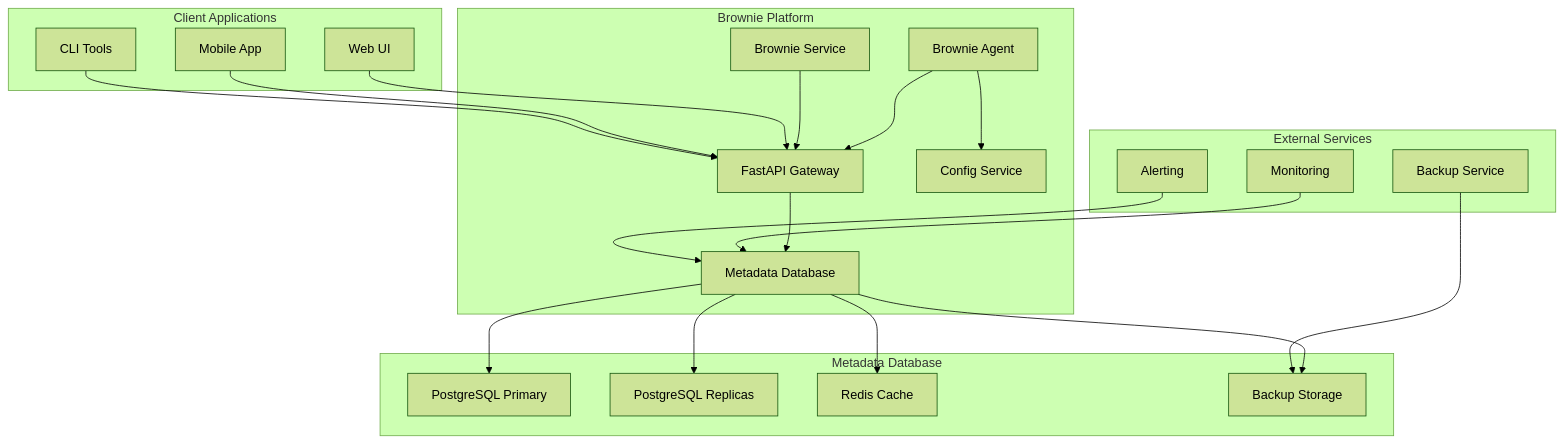
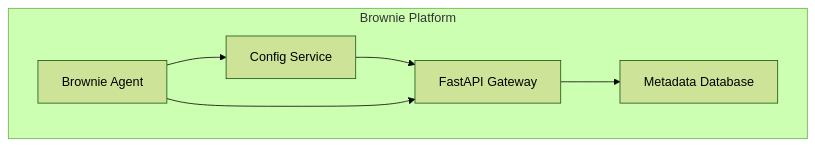
One commit to longyi-brownie/brownie-metadata-database changed the first of 3 diagrams in README.md. Above: the diagram before and after it, drawn with Mermaid (forest theme). The commit also changed other lines of this file, not shown here.

Commit message:
small fix readme

````diff
--- a/README.md
+++ b/README.md
@@ -28,28 +28,9 @@
 ```mermaid
 graph TB
     subgraph "Brownie Platform"
-        A[Brownie Agent] --> B[FastAPI Gateway]
-        C[Brownie Service] --> B
-        B --> D[Metadata Database]
-        A --> F[Config Service]
-    end
-    
-    subgraph "Metadata Database"
-        D --> G[PostgreSQL Primary]
-        D --> H[PostgreSQL Replicas]
-        D --> I[Redis Cache]
-        D --> J[Backup Storage]
-    end
-    
-    subgraph "External Services"
-        K[Monitoring] --> D
-        L[Alerting] --> D
-        M[Backup Service] --> J
-    end
-    
-    subgraph "Client Applications"
-        N[Web UI] --> B
-        O[Mobile App] --> B
-        P[CLI Tools] --> B
+        A[Brownie Agent] --> B[Config Service]
+        B --> C[FastAPI Gateway]
+        A --> C
+        C --> D[Metadata Database]
     end
 ```
````
